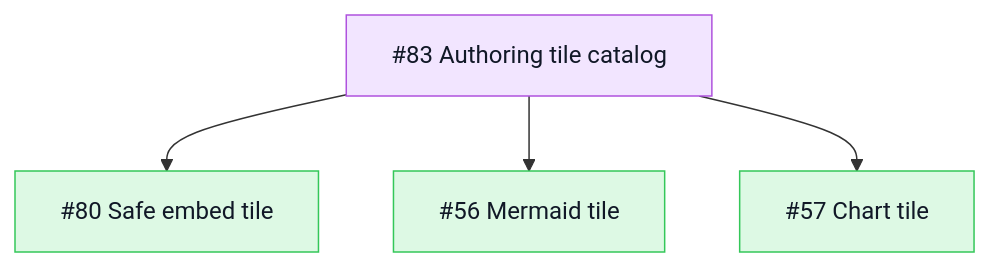
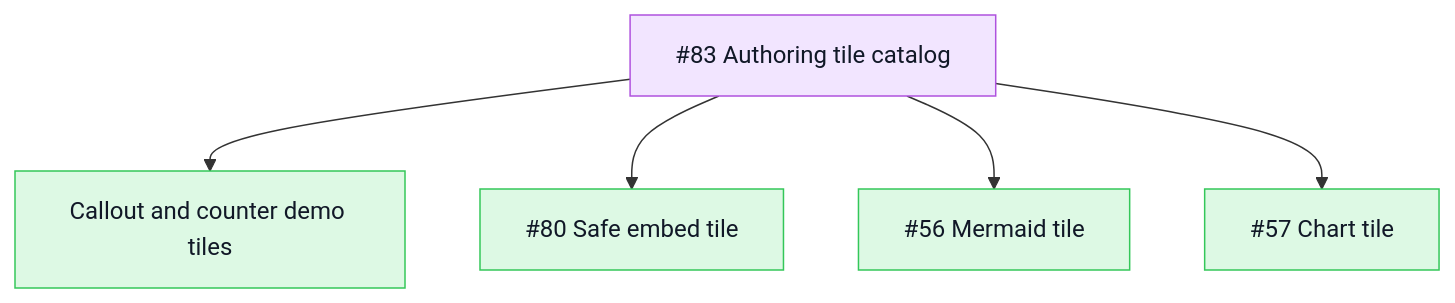
Before and after one commit to TileDown/tile-down: the sixth of 9 diagrams in README.md, drawn with Mermaid. The commit also changed other lines of this file and 19 other files, not shown here.

````diff
--- a/README.md
+++ b/README.md
@@ -142,12 +144,13 @@
 ```mermaid
 flowchart TD
   Epic["#83 Authoring tile catalog"]:::epic
+  Epic --> DemoTiles["Callout and counter demo tiles"]:::done
   Epic --> Embed["#80 Safe embed tile"]:::done
   Epic --> Mermaid["#56 Mermaid tile"]:::done
   Epic --> Charts["#57 Chart tile"]:::done
 
   classDef done fill:#ddf9e4,stroke:#34c759,color:#111827
   classDef review fill:#fff7d6,stroke:#ffcc00,color:#111827
   classDef epic fill:#f2e5ff,stroke:#af52de,color:#111827
   classDef todo fill:#f2f2f7,stroke:#8e8e93,color:#111827
 ```
````
